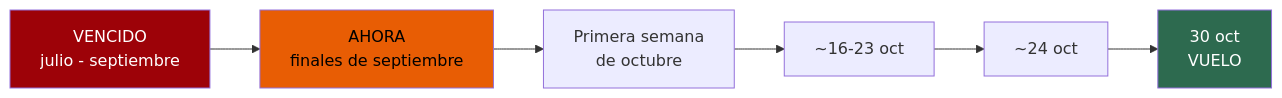
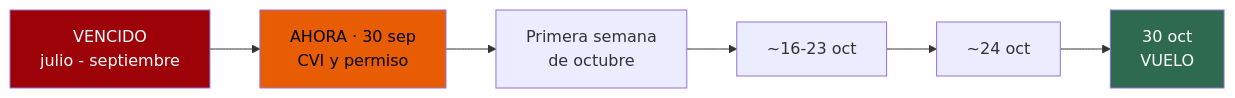
Before and after one commit to morandeirachema/namibia: the second of 5 diagrams in 04-guia-preparacion.md, drawn with Mermaid. The commit also changed other lines of this file and 8 other files, not shown here.

First line of the commit message:
El dossier, puesto al 29/09: la ventana del CVI ya se cerró, y la llamada y el permiso van el 30/09

````diff
--- a/04-guia-preparacion.md
+++ b/04-guia-preparacion.md
@@ -75,10 +75,10 @@
 ```mermaid
 flowchart LR
 %% ancho
-    J["VENCIDO<br/>julio - septiembre"] --> A["AHORA<br/>finales de septiembre"]
+    J["VENCIDO<br/>julio - septiembre"] --> A["AHORA · 30 sep<br/>CVI y permiso"]
     A --> O1["Primera semana<br/>de octubre"] --> O2["~16-23 oct"] --> O3["~24 oct"]
     O3 --> F["30 oct<br/>VUELO"]
     style J fill:#9d0208,color:#fff
     style A fill:#e85d04,color:#000
     style F fill:#2d6a4f,color:#fff
 ```
````
